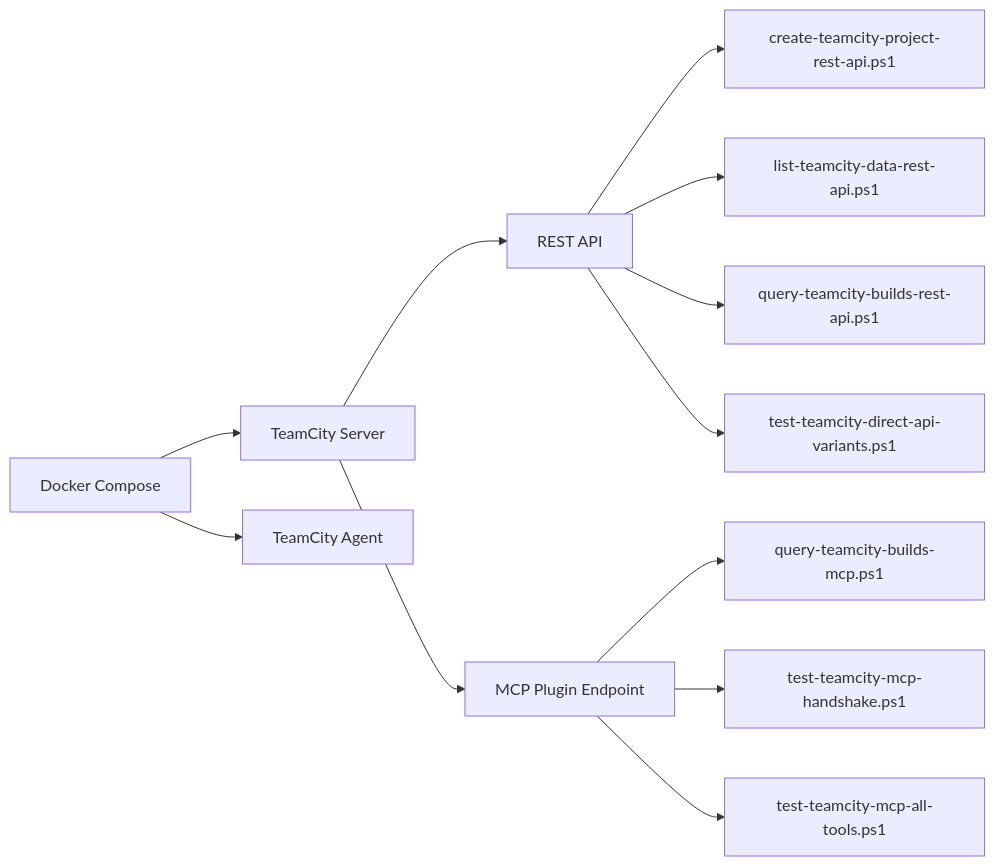
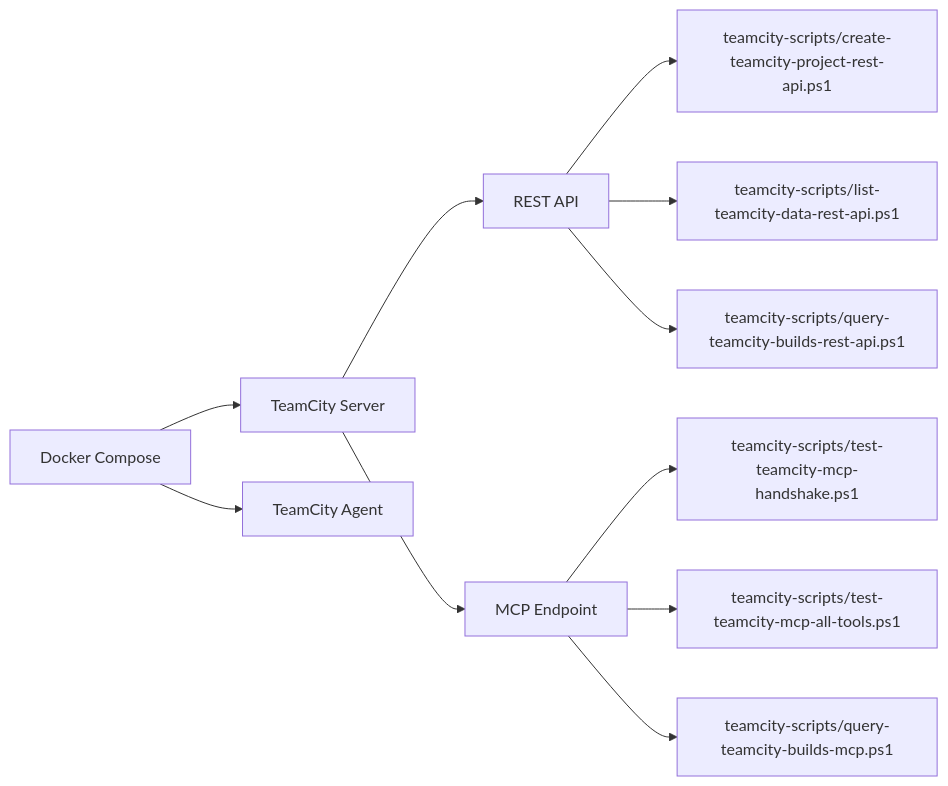
Before and after one commit to RegexCore/teamcity-n8n-automation-lab: the diagram in README.md, drawn with Mermaid. The commit also changed other lines of this file and 15 other files, not shown here.

First line of the commit message:
Add TeamCity MCP and Direct API scripts for testing and reporting

````diff
--- a/README.md
+++ b/README.md
@@ -63,14 +59,13 @@
 ```mermaid
 flowchart LR
     A[Docker Compose] --> B[TeamCity Server]
     A --> C[TeamCity Agent]
     B --> D[REST API]
-    B --> E[MCP Plugin Endpoint]
-  D --> F[create-teamcity-project-rest-api.ps1]
-  D --> G[list-teamcity-data-rest-api.ps1]
-  D --> H[query-teamcity-builds-rest-api.ps1]
-  D --> I[test-teamcity-direct-api-variants.ps1]
-  E --> J[query-teamcity-builds-mcp.ps1]
-  E --> K[test-teamcity-mcp-handshake.ps1]
-  E --> L[test-teamcity-mcp-all-tools.ps1]
+    B --> E[MCP Endpoint]
+    D --> F[teamcity-scripts/create-teamcity-project-rest-api.ps1]
+    D --> G[teamcity-scripts/list-teamcity-data-rest-api.ps1]
+    D --> H[teamcity-scripts/query-teamcity-builds-rest-api.ps1]
+    E --> I[teamcity-scripts/test-teamcity-mcp-handshake.ps1]
+    E --> J[teamcity-scripts/test-teamcity-mcp-all-tools.ps1]
+    E --> K[teamcity-scripts/query-teamcity-builds-mcp.ps1]
 ```
````
